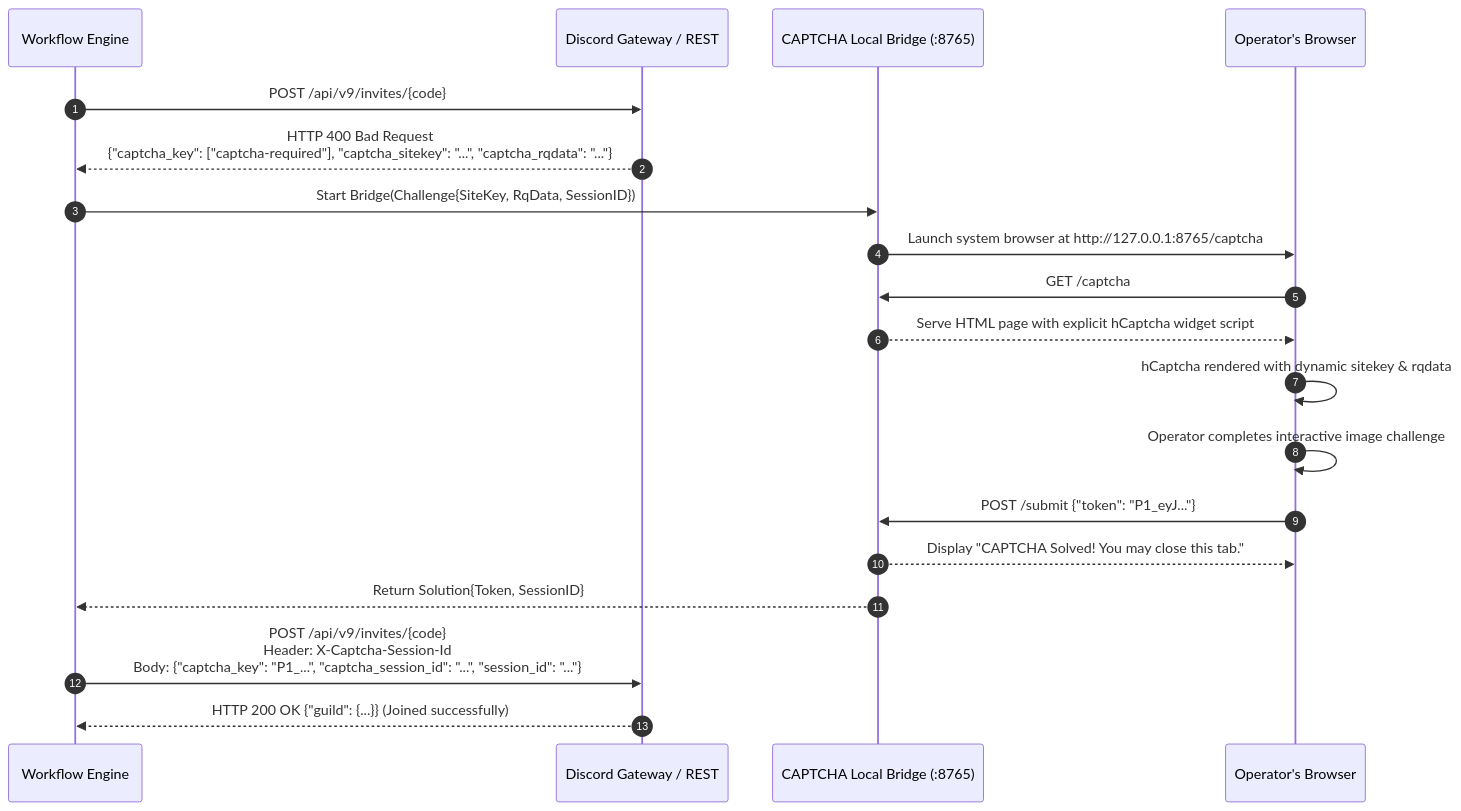
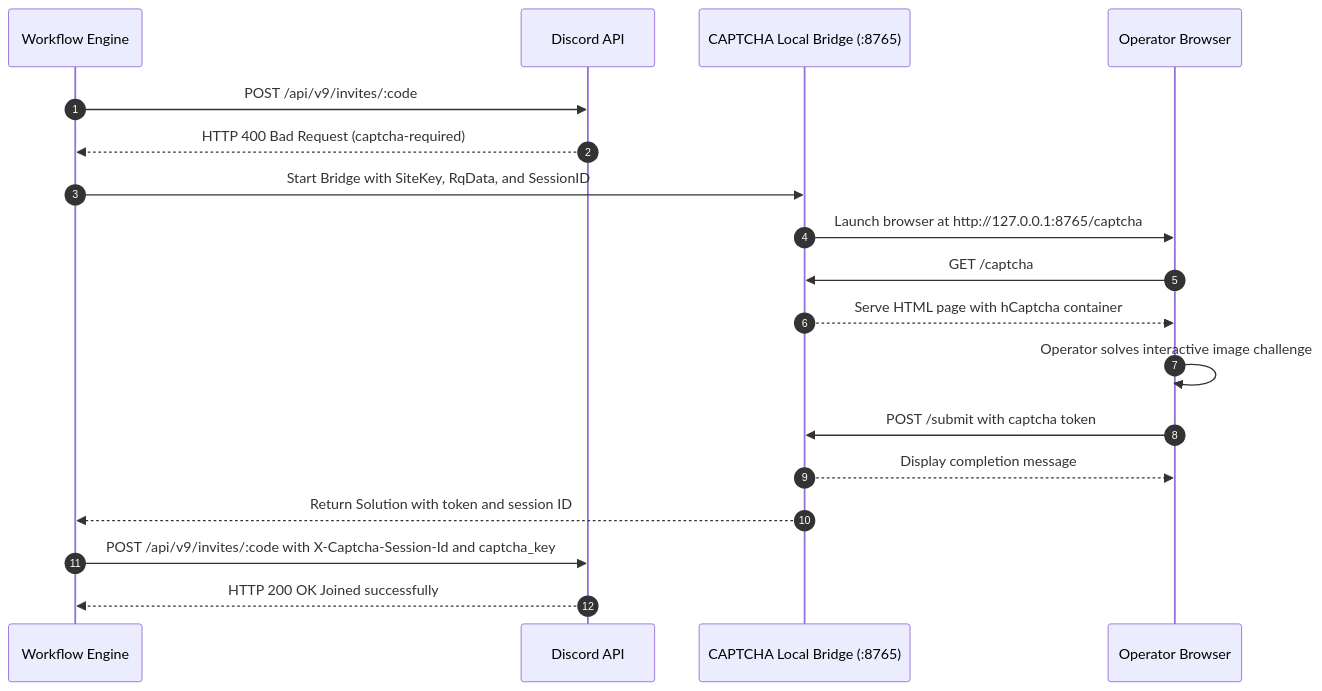
The fourth of 6 diagrams in README.md (Kingof3O/discord-osint), drawn with Mermaid before and after one commit. The commit also changed other lines of this file and 1 other file, not shown here.

Commit message:
fix(docs): resolve Mermaid syntax errors and escape parameters in diagrams

````diff
--- a/README.md
+++ b/README.md
@@ -233,26 +232,25 @@
 ```mermaid
 sequenceDiagram
     autonumber
     participant Engine as Workflow Engine
-    participant Discord as Discord Gateway / REST
+    participant Discord as Discord API
     participant Bridge as CAPTCHA Local Bridge (:8765)
-    participant Browser as Operator's Browser
+    participant Browser as Operator Browser
 
-    Engine->>Discord: POST /api/v9/invites/{code}
-    Discord-->>Engine: HTTP 400 Bad Request<br/>{"captcha_key": ["captcha-required"], "captcha_sitekey": "...", "captcha_rqdata": "..."}
+    Engine->>Discord: POST /api/v9/invites/:code
+    Discord-->>Engine: HTTP 400 Bad Request (captcha-required)
     
-    Engine->>Bridge: Start Bridge(Challenge{SiteKey, RqData, SessionID})
-    Bridge->>Browser: Launch system browser at http://127.0.0.1:8765/captcha
+    Engine->>Bridge: Start Bridge with SiteKey, RqData, and SessionID
+    Bridge->>Browser: Launch browser at http://127.0.0.1:8765/captcha
     Browser->>Bridge: GET /captcha
-    Bridge-->>Browser: Serve HTML page with explicit hCaptcha widget script
+    Bridge-->>Browser: Serve HTML page with hCaptcha container
     
-    Browser->>Browser: hCaptcha rendered with dynamic sitekey & rqdata
-    Browser->>Browser: Operator completes interactive image challenge
+    Browser->>Browser: Operator solves interactive image challenge
     
-    Browser->>Bridge: POST /submit {"token": "P1_eyJ..."}
-    Bridge-->>Browser: Display "CAPTCHA Solved! You may close this tab."
-    Bridge-->>Engine: Return Solution{Token, SessionID}
+    Browser->>Bridge: POST /submit with captcha token
+    Bridge-->>Browser: Display completion message
+    Bridge-->>Engine: Return Solution with token and session ID
     
-    Engine->>Discord: POST /api/v9/invites/{code}<br/>Header: X-Captcha-Session-Id<br/>Body: {"captcha_key": "P1_...", "captcha_session_id": "...", "session_id": "..."}
-    Discord-->>Engine: HTTP 200 OK {"guild": {...}} (Joined successfully)
+    Engine->>Discord: POST /api/v9/invites/:code with X-Captcha-Session-Id and captcha_key
+    Discord-->>Engine: HTTP 200 OK Joined successfully
 ```
````
